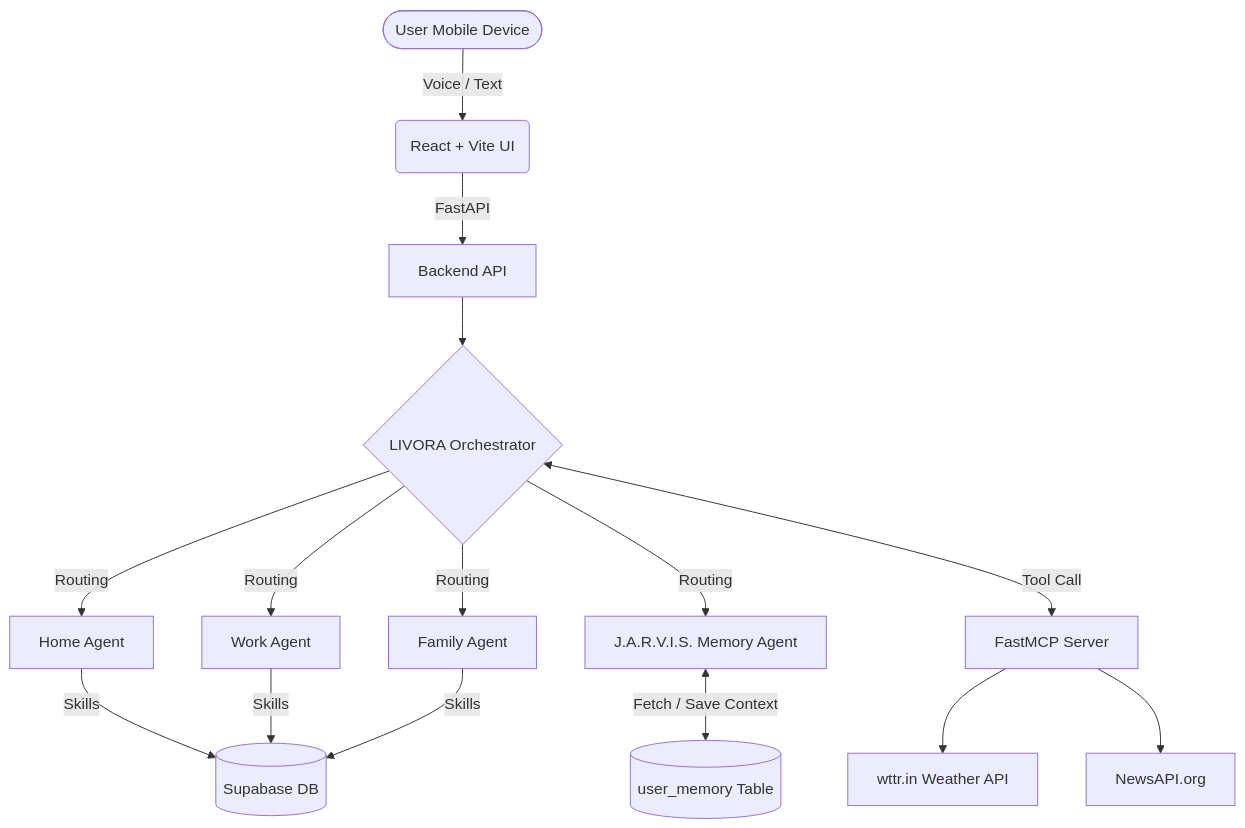
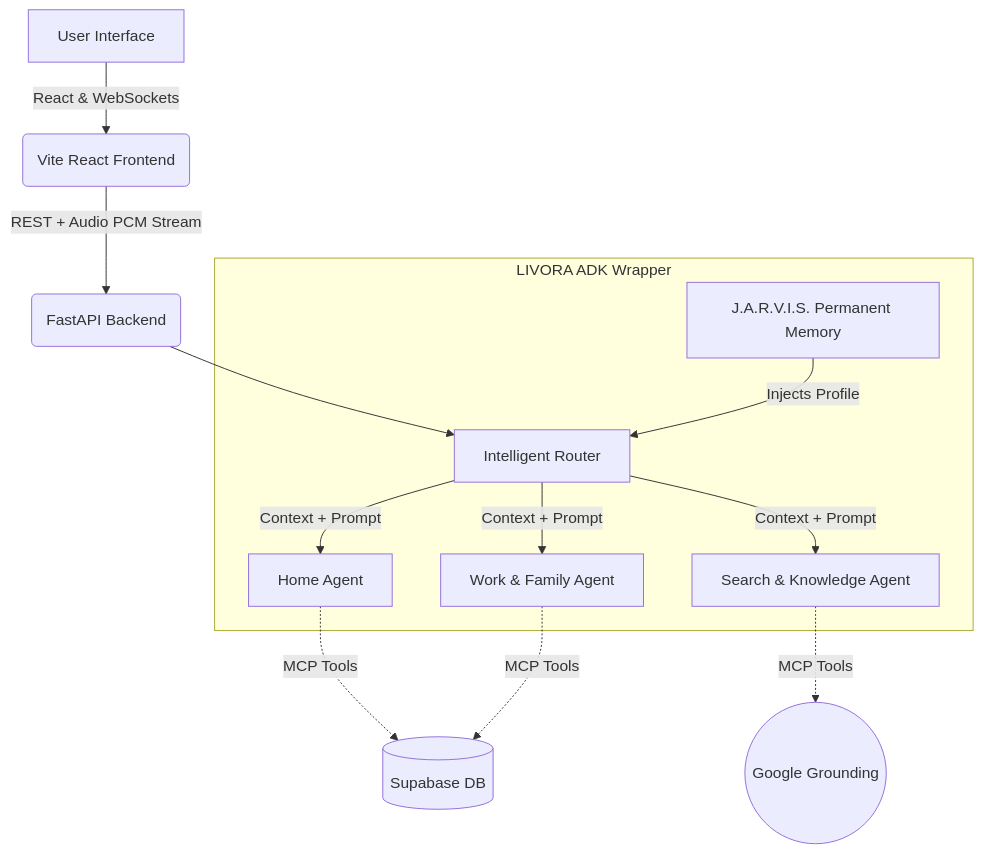
Before and after one commit to tuba89/livora: the diagram in README.md, drawn with Mermaid. The commit also changed other lines of this file and 18 other files, not shown here.

Commit message:
🚀 Complete LIVORA - ADK, MCP, Voice, Screenshots, Deploy config

````diff
--- a/README.md
+++ b/README.md
@@ -36,22 +66,24 @@
 ```mermaid
-graph TD
-    User([User Mobile Device]) --> |Voice / Text| Frontend(React + Vite UI)
-    Frontend --> |FastAPI| Backend[Backend API]
+graph TD;
+    User[User Interface] -->|React & WebSockets| Frontend(Vite React Frontend);
+    Frontend -->|REST + Audio PCM Stream| Backend(FastAPI Backend);
     
-    Backend --> Orchestrator{LIVORA Orchestrator}
+    subgraph Multi-Agent System [LIVORA ADK Wrapper]
+    Router[Intelligent Router]
+    HomeAgent[Home Agent]
+    WorkAgent[Work & Family Agent]
+    SearchAgent[Search & Knowledge Agent]
+    Memory[J.A.R.V.I.S. Permanent Memory]
+    end
     
-    Orchestrator --> |Routing| Home[Home Agent]
-    Orchestrator --> |Routing| Work[Work Agent]
-    Orchestrator --> |Routing| Family[Family Agent]
-    Orchestrator --> |Routing| General[J.A.R.V.I.S. Memory Agent]
+    Backend --> Router;
+    Router -->|Context + Prompt| HomeAgent;
+    Router -->|Context + Prompt| WorkAgent;
+    Router -->|Context + Prompt| SearchAgent;
     
-    Home --> |Skills| Supabase[(Supabase DB)]
-    Work --> |Skills| Supabase
-    Family --> |Skills| Supabase
+    HomeAgent -.->|MCP Tools| DB[(Supabase DB)];
+    WorkAgent -.->|MCP Tools| DB;
+    SearchAgent -.->|MCP Tools| GoogleSearch((Google Grounding));
     
-    General <--> |Fetch / Save Context| Memory[(user_memory Table)]
-    
-    Orchestrator <--> |Tool Call| MCP[FastMCP Server]
-    MCP --> Weather[wttr.in Weather API]
-    MCP --> News[NewsAPI.org]
+    Memory -->|Injects Profile| Router;
 ```
````
